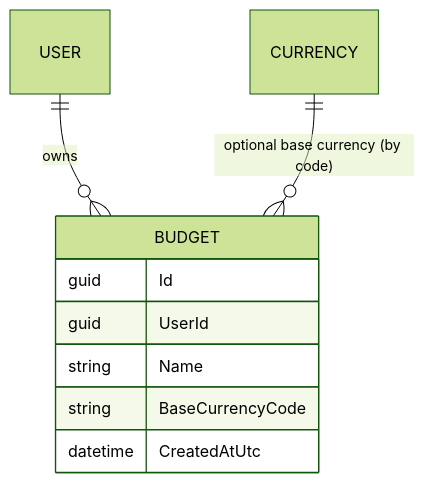
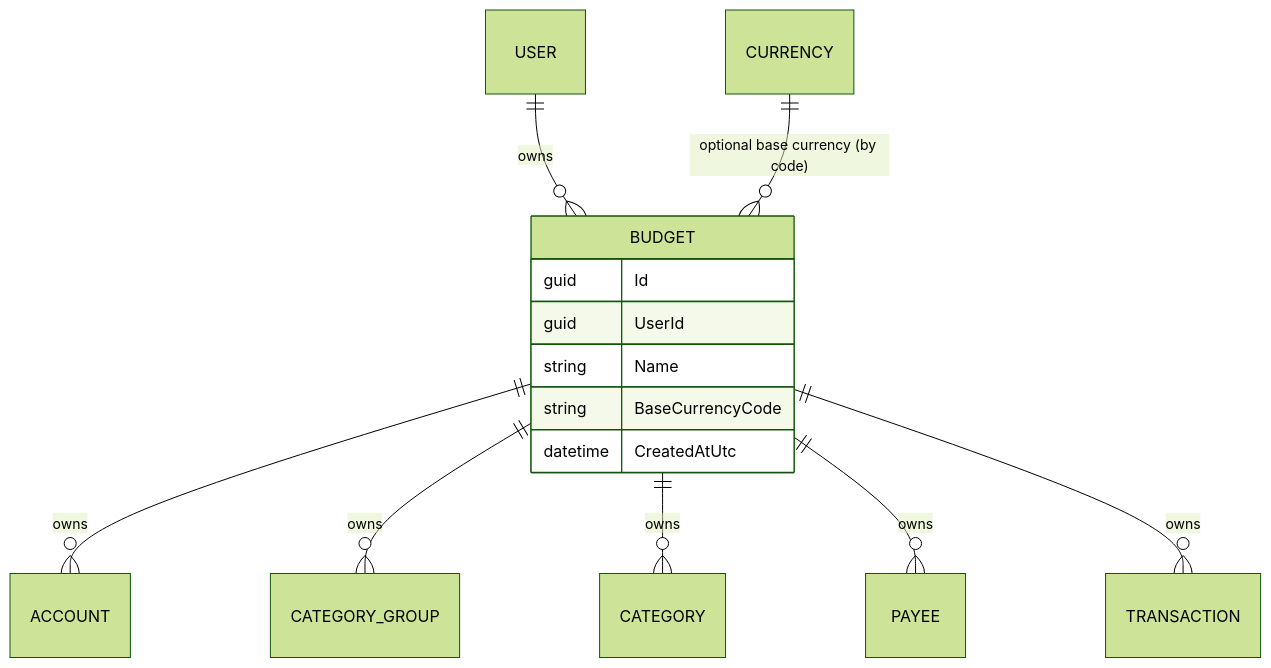
The first of 2 diagrams in docs/business-logic/budgets.md (anton-kochev/budgetoid), drawn with Mermaid (forest theme) before and after one commit. The commit also changed other lines of this file and 63 other files, not shown here.

````diff
--- a/docs/business-logic/budgets.md
+++ b/docs/business-logic/budgets.md
@@ -38,12 +44,17 @@
 ```mermaid
 erDiagram
     USER ||--o{ BUDGET : owns
     CURRENCY ||--o{ BUDGET : "optional base currency (by code)"
+    BUDGET ||--o{ ACCOUNT : owns
+    BUDGET ||--o{ CATEGORY_GROUP : owns
+    BUDGET ||--o{ CATEGORY : owns
+    BUDGET ||--o{ PAYEE : owns
+    BUDGET ||--o{ TRANSACTION : owns
     BUDGET {
         guid Id
         guid UserId
         string Name
         string BaseCurrencyCode
         datetime CreatedAtUtc
     }
 ```
````
